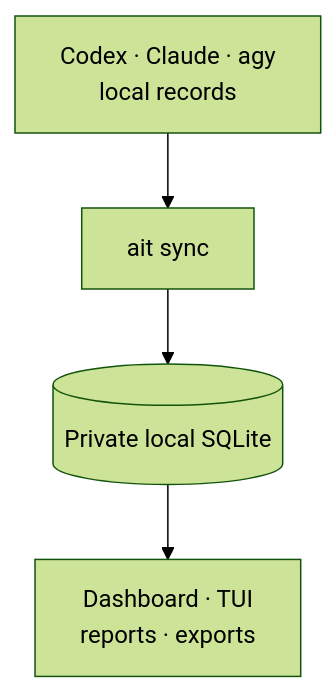
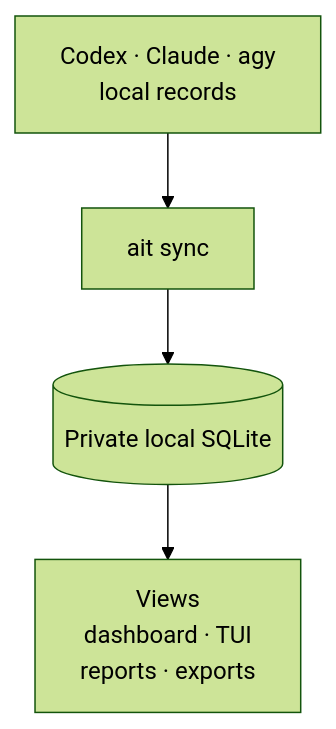
One commit to spencer-life/ai-tracker changed the first of 2 diagrams in README.md. Above: the diagram before and after it, drawn with Mermaid (forest theme). The commit also changed other lines of this file, not shown here.

````diff
--- a/README.md
+++ b/README.md
@@ -59,8 +61,8 @@
 ```mermaid
 flowchart TD
   A["Codex · Claude · agy<br/>local records"]
   B["ait sync"]
   C[("Private local SQLite")]
-  D["Dashboard · TUI<br/>reports · exports"]
+  D["Views<br/>dashboard · TUI<br/>reports · exports"]
   A --> B --> C --> D
 ```
````
